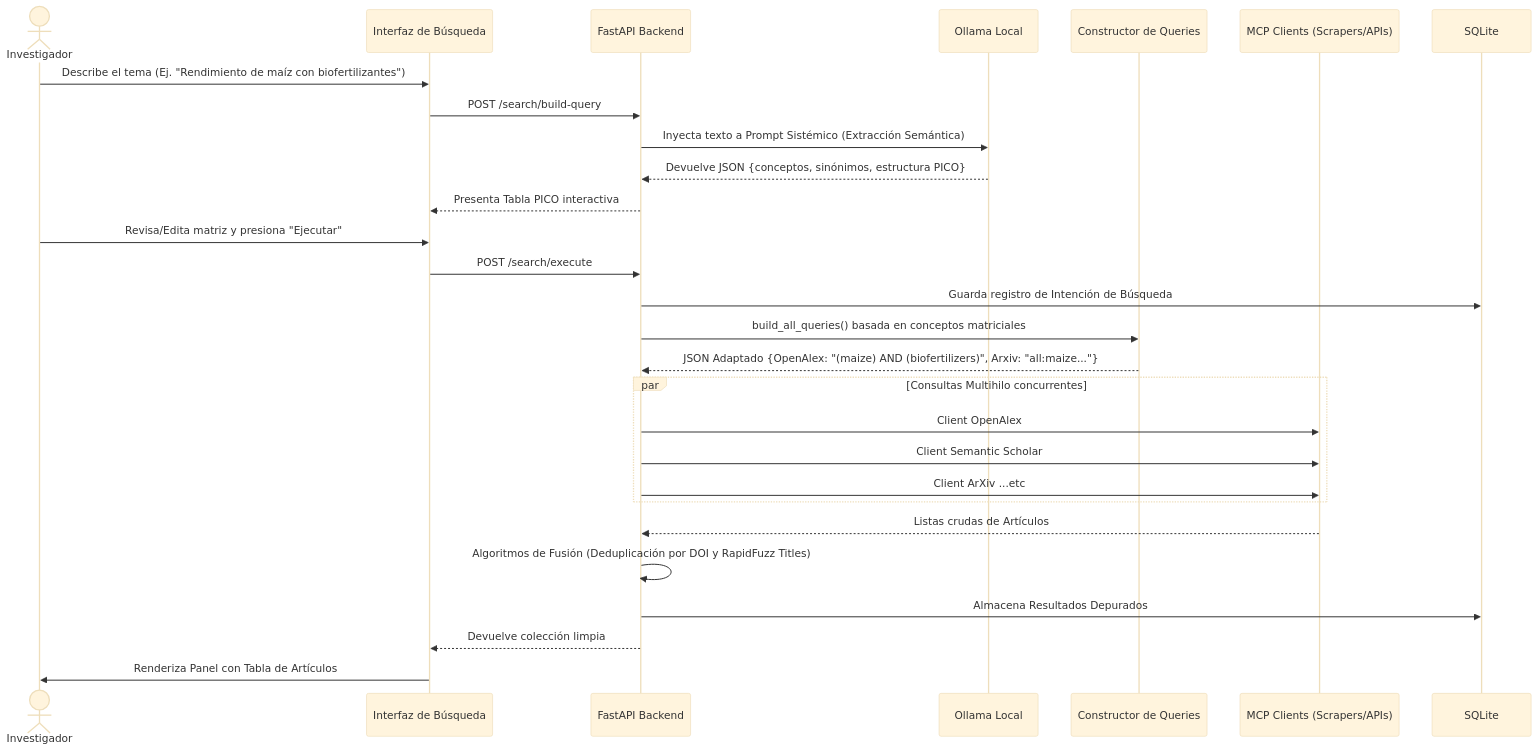
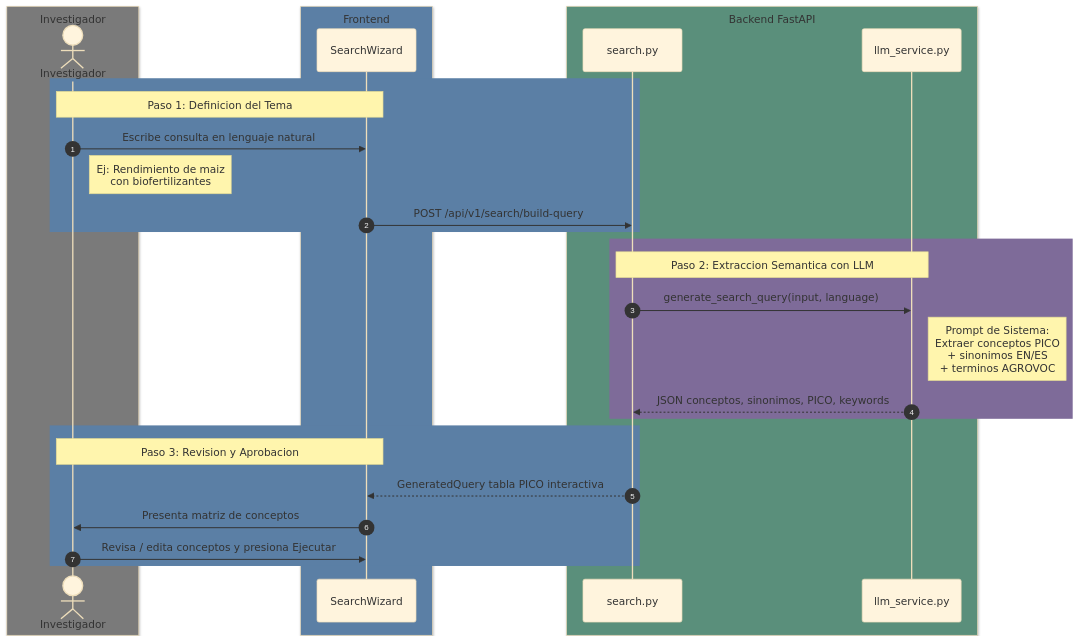
One commit to AlexPrietoRomani/AgriSearch changed the fourth of 13 diagrams in docs/architecture/arquitectura.md. Above: the diagram before and after it, drawn with Mermaid (base theme). The commit also changed other lines of this file, not shown here.

Commit message:
docs: añade diagramas de flujo y modelos a la arquitectura

````diff
--- a/docs/architecture/arquitectura.md
+++ b/docs/architecture/arquitectura.md
@@ -146,36 +252,36 @@
 ```mermaid
 sequenceDiagram
-    actor User as Investigador
-    participant FE as Interfaz de Búsqueda
-    participant BE as FastAPI Backend
-    participant LLM as Ollama Local
-    participant QBuild as Constructor de Queries
-    participant MCP as MCP Clients (Scrapers/APIs)
-    participant DB as SQLite
+    box rgb(122,122,122) Investigador
+        actor User as Investigador
+    end
+    box rgb(91,127,165) Frontend
+        participant FE as SearchWizard
+    end
+    box rgb(90,143,123) Backend FastAPI
+        participant API as search.py
+        participant LLM as llm_service.py
+    end
 
-    User->>FE: Describe el tema (Ej. "Rendimiento de maíz con biofertilizantes")
-    FE->>BE: POST /search/build-query
-    BE->>LLM: Inyecta texto a Prompt Sistémico (Extracción Semántica)
-    LLM-->>BE: Devuelve JSON {conceptos, sinónimos, estructura PICO}
-    BE-->>FE: Presenta Tabla PICO interactiva
-    
-    User->>FE: Revisa/Edita matriz y presiona "Ejecutar"
-    FE->>BE: POST /search/execute
-    
-    BE->>DB: Guarda registro de Intención de Búsqueda
-    BE->>QBuild: build_all_queries() basada en conceptos matriciales
-    QBuild-->>BE: JSON Adaptado {OpenAlex: "(maize) AND (biofertilizers)", Arxiv: "all:maize..."}
-    
-    par Consultas Multihilo concurrentes
-        BE->>MCP: Client OpenAlex
-        BE->>MCP: Client Semantic Scholar
-        BE->>MCP: Client ArXiv ...etc
+    autonumber
+
+    rect rgb(91,127,165)
+        Note over User,FE: Paso 1: Definicion del Tema
+        User->>FE: Escribe consulta en lenguaje natural
+        Note right of User: Ej: Rendimiento de maiz<br/>con biofertilizantes
+        FE->>API: POST /api/v1/search/build-query
     end
-    MCP-->>BE: Listas crudas de Artículos
-    
-    BE->>BE: Algoritmos de Fusión (Deduplicación por DOI y RapidFuzz Titles)
-    BE->>DB: Almacena Resultados Depurados
-    
-    BE-->>FE: Devuelve colección limpia
-    FE->>User: Renderiza Panel con Tabla de Artículos
+
+    rect rgb(126,107,153)
+        Note over API,LLM: Paso 2: Extraccion Semantica con LLM
+        API->>LLM: generate_search_query(input, language)
+        Note right of LLM: Prompt de Sistema:<br/>Extraer conceptos PICO<br/>+ sinonimos EN/ES<br/>+ terminos AGROVOC
+        LLM-->>API: JSON conceptos, sinonimos, PICO, keywords
+    end
+
+    rect rgb(91,127,165)
+        Note over FE,User: Paso 3: Revision y Aprobacion
+        API-->>FE: GeneratedQuery tabla PICO interactiva
+        FE->>User: Presenta matriz de conceptos
+        User->>FE: Revisa / edita conceptos y presiona Ejecutar
+    end
 ```
````
